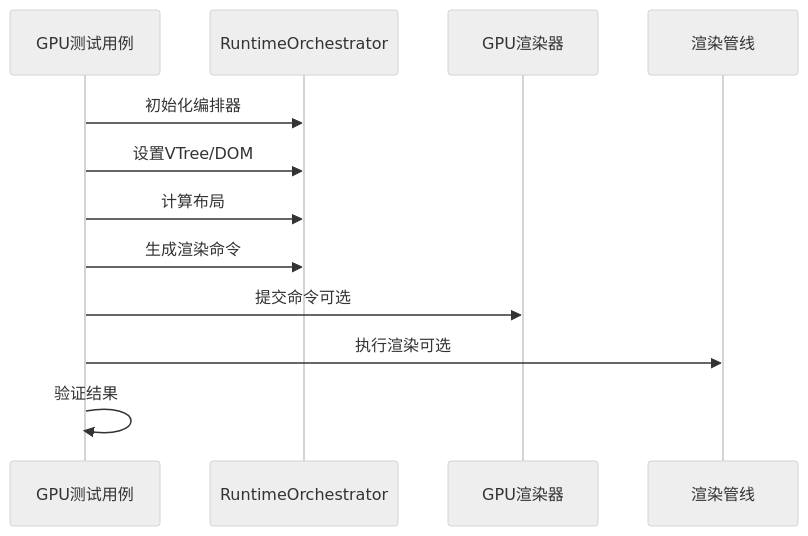
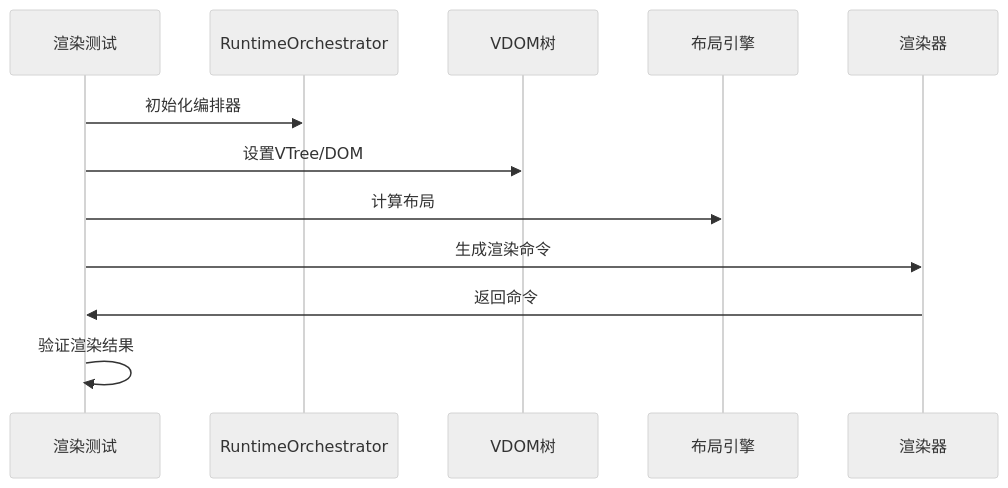
One commit to itszzl-sudo/iris changed the sixth of 18 diagrams in .qoder/repowiki/zh/content/核心功能特性/工程化与商业化能力/测试框架与基础设施/测试框架与基础设施.md. Above: the diagram before and after it, drawn with Mermaid (neutral theme). The commit also changed other lines of this file and 57 other files, not shown here.

````diff
--- a/.qoder/repowiki/zh/content/核心功能特性/工程化与商业化能力/测试框架与基础设施/测试框架与基础设施.md
+++ b/.qoder/repowiki/zh/content/核心功能特性/工程化与商业化能力/测试框架与基础设施/测试框架与基础设施.md
@@ -216,14 +314,14 @@
 ```mermaid
 sequenceDiagram
-participant TEST as GPU测试用例
+participant TEST as 渲染测试
 participant ORCH as RuntimeOrchestrator
-participant RENDERER as GPU渲染器
-participant PIPELINE as 渲染管线
+participant VDOM as VDOM树
+participant LAYOUT as 布局引擎
+participant RENDERER as 渲染器
 TEST->>ORCH : 初始化编排器
-TEST->>ORCH : 设置VTree/DOM
-TEST->>ORCH : 计算布局
-TEST->>ORCH : 生成渲染命令
-TEST->>RENDERER : 提交命令可选
-TEST->>PIPELINE : 执行渲染可选
-TEST->>TEST : 验证结果
+TEST->>VDOM : 设置VTree/DOM
+TEST->>LAYOUT : 计算布局
+TEST->>RENDERER : 生成渲染命令
+RENDERER->>TEST : 返回命令
+TEST->>TEST : 验证渲染结果
 ```
````
